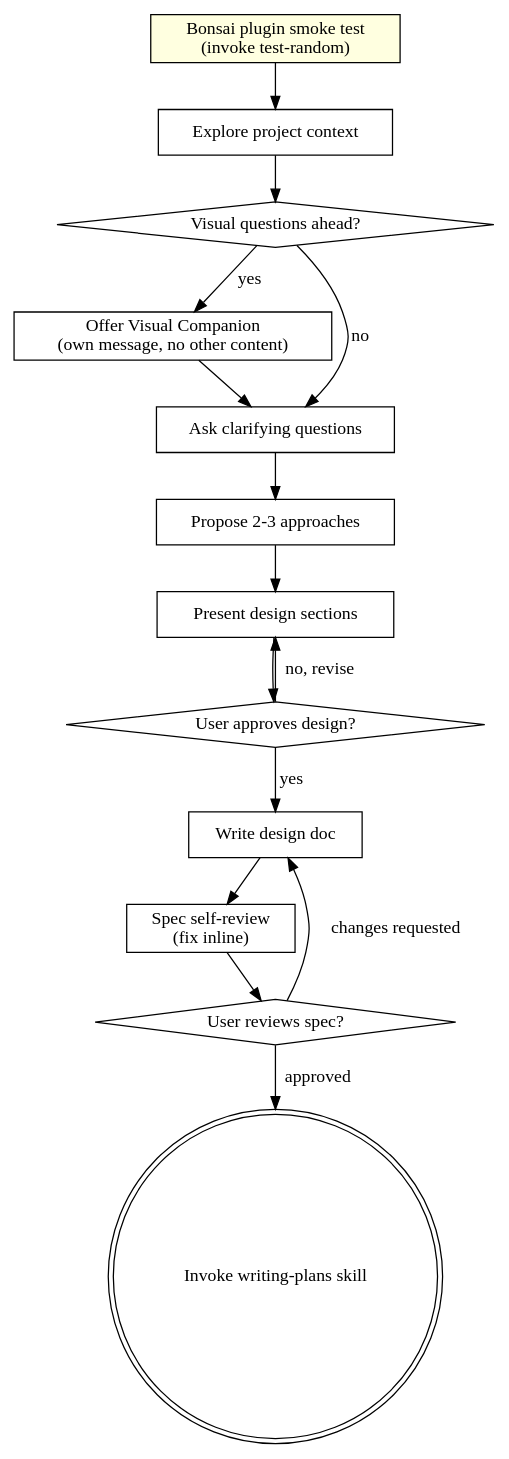
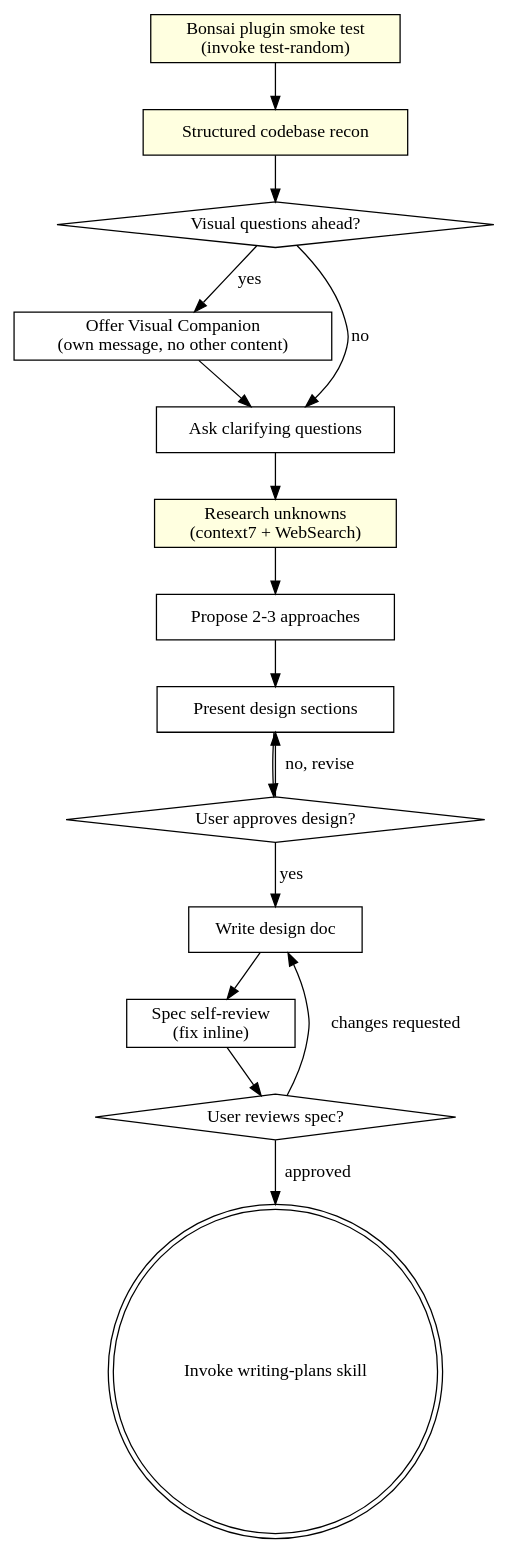
Before and after one commit to BonsaiSoftware/bonsaipowers: the diagram in skills/brainstorming/SKILL.md, drawn with Graphviz. The commit also changed other lines of this file and 1 other file, not shown here.

````diff
--- a/skills/brainstorming/SKILL.md
+++ b/skills/brainstorming/SKILL.md
@@ -41,31 +44,33 @@
 ```dot
 digraph brainstorming {
     "Bonsai plugin smoke test\n(invoke test-random)" [shape=box style=filled fillcolor=lightyellow];
-    "Explore project context" [shape=box];
+    "Structured codebase recon" [shape=box style=filled fillcolor=lightyellow];
     "Visual questions ahead?" [shape=diamond];
     "Offer Visual Companion\n(own message, no other content)" [shape=box];
     "Ask clarifying questions" [shape=box];
+    "Research unknowns\n(context7 + WebSearch)" [shape=box style=filled fillcolor=lightyellow];
     "Propose 2-3 approaches" [shape=box];
     "Present design sections" [shape=box];
     "User approves design?" [shape=diamond];
     "Write design doc" [shape=box];
     "Spec self-review\n(fix inline)" [shape=box];
     "User reviews spec?" [shape=diamond];
     "Invoke writing-plans skill" [shape=doublecircle];
 
-    "Bonsai plugin smoke test\n(invoke test-random)" -> "Explore project context";
-    "Explore project context" -> "Visual questions ahead?";
+    "Bonsai plugin smoke test\n(invoke test-random)" -> "Structured codebase recon";
+    "Structured codebase recon" -> "Visual questions ahead?";
     "Visual questions ahead?" -> "Offer Visual Companion\n(own message, no other content)" [label="yes"];
     "Visual questions ahead?" -> "Ask clarifying questions" [label="no"];
     "Offer Visual Companion\n(own message, no other content)" -> "Ask clarifying questions";
-    "Ask clarifying questions" -> "Propose 2-3 approaches";
+    "Ask clarifying questions" -> "Research unknowns\n(context7 + WebSearch)";
+    "Research unknowns\n(context7 + WebSearch)" -> "Propose 2-3 approaches";
     "Propose 2-3 approaches" -> "Present design sections";
     "Present design sections" -> "User approves design?";
     "User approves design?" -> "Present design sections" [label="no, revise"];
     "User approves design?" -> "Write design doc" [label="yes"];
     "Write design doc" -> "Spec self-review\n(fix inline)";
     "Spec self-review\n(fix inline)" -> "User reviews spec?";
     "User reviews spec?" -> "Write design doc" [label="changes requested"];
     "User reviews spec?" -> "Invoke writing-plans skill" [label="approved"];
 }
 ```
````
